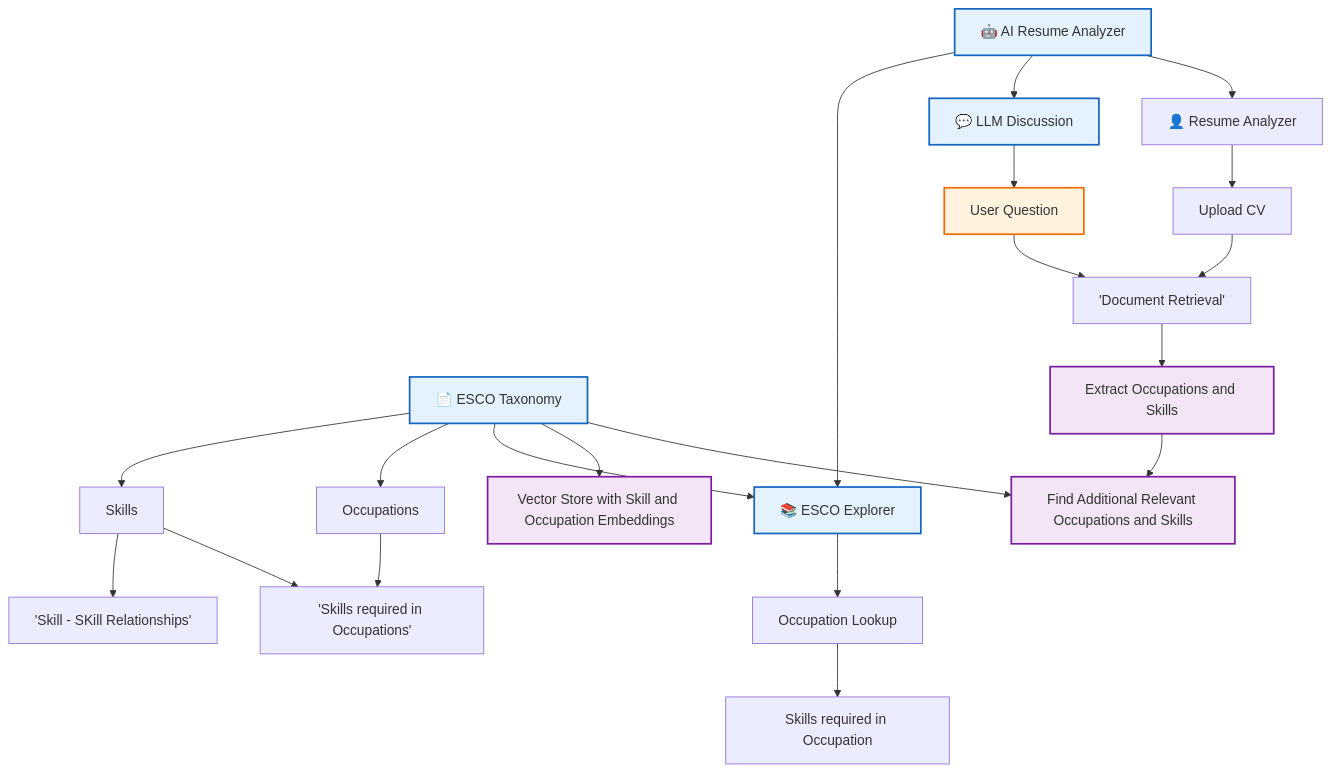
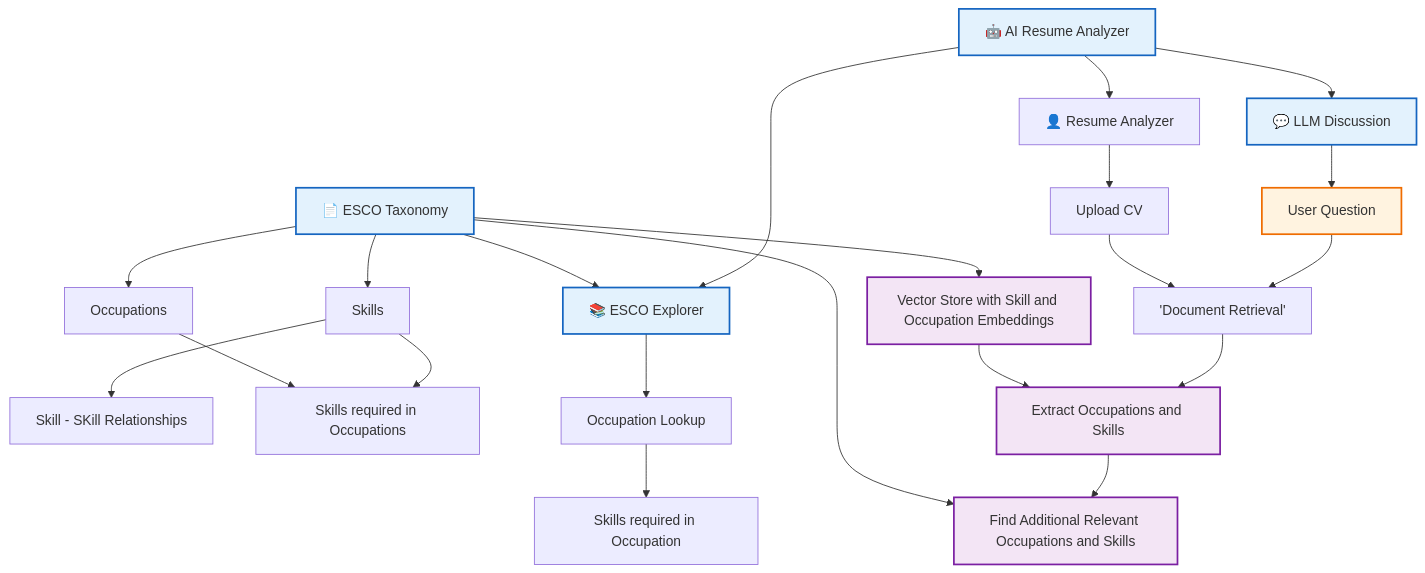
Before and after one commit to koncharman/resume_analyzer: the diagram in README.md, drawn with Mermaid.

````diff
--- a/README.md
+++ b/README.md
@@ -10,42 +10,43 @@
 ```mermaid
 flowchart TD
     ES["📄 ESCO Taxonomy"]
     ES --> ESS["Skills"]
     ES --> ESO["Occupations"]
-    ESS --> ESSS['Skill - SKill Relationships']
-    ESS --> ESSO['Skills required in Occupations']
+    ESS --> ESSS["Skill - SKill Relationships"]
+    ESS --> ESSO["Skills required in Occupations"]
     ESO --> ESSO
 
     A["🤖 AI Resume Analyzer"]
     
     A --> B["📚 ESCO Explorer"]
     A --> C["💬 LLM Discussion"]
     A --> D["👤 Resume Analyzer"]
 
     ES --> B
     B --> E["Occupation Lookup"]
     E --> F["Skills required in Occupation"]
 
     ES --> VEC["Vector Store with Skill and Occupation Embeddings"]
 
     C --> H["User Question"]
 
     D --> I["Upload CV"]
 
     H --> J['Document Retrieval']
     I --> J
 
     J --> RAG["Extract Occupations and Skills"]
+    VEC --> RAG
 
     RAG --> DS["Find Additional Relevant Occupations and Skills"]
     ES --> DS
     
 
     classDef app fill:#e3f2fd,stroke:#1565c0,stroke-width:2px;
     classDef rag fill:#f3e5f5,stroke:#7b1fa2,stroke-width:2px;
     classDef llm fill:#fff3e0,stroke:#ef6c00,stroke-width:2px;
 
     class ES,A,B,C app;
     class VEC,RAG,DS rag;
     class H llm;
 ```
````
